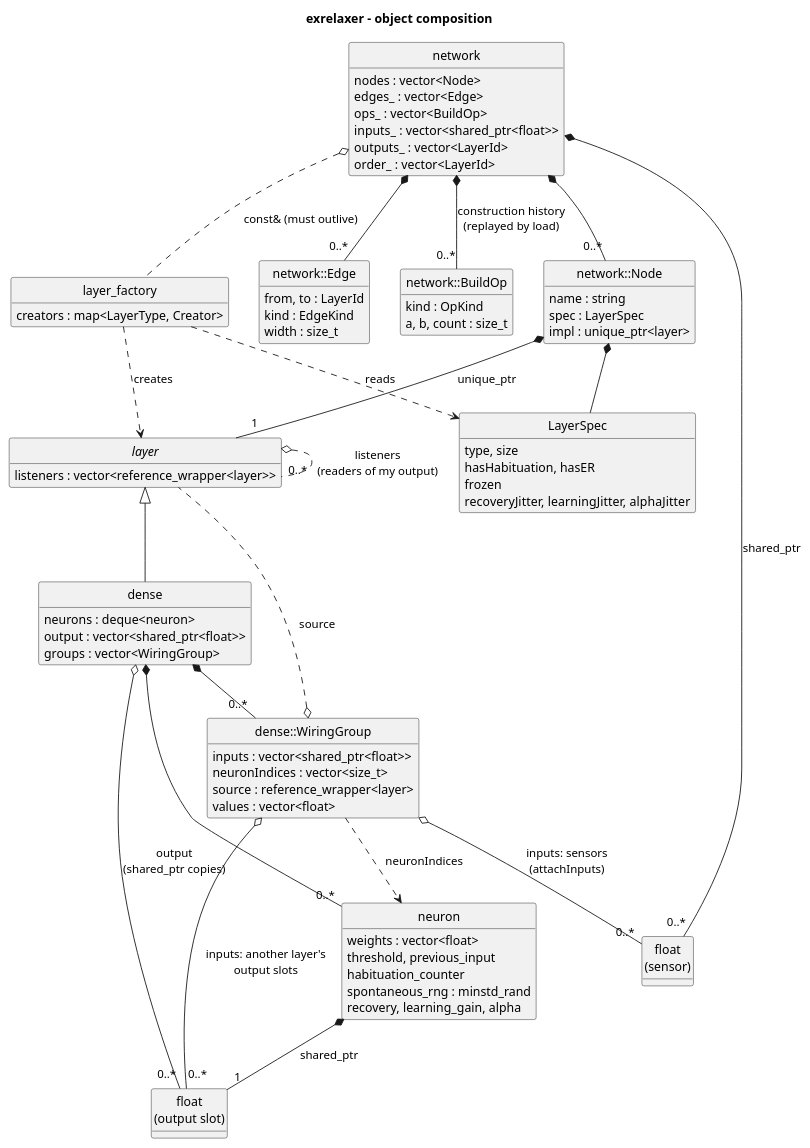
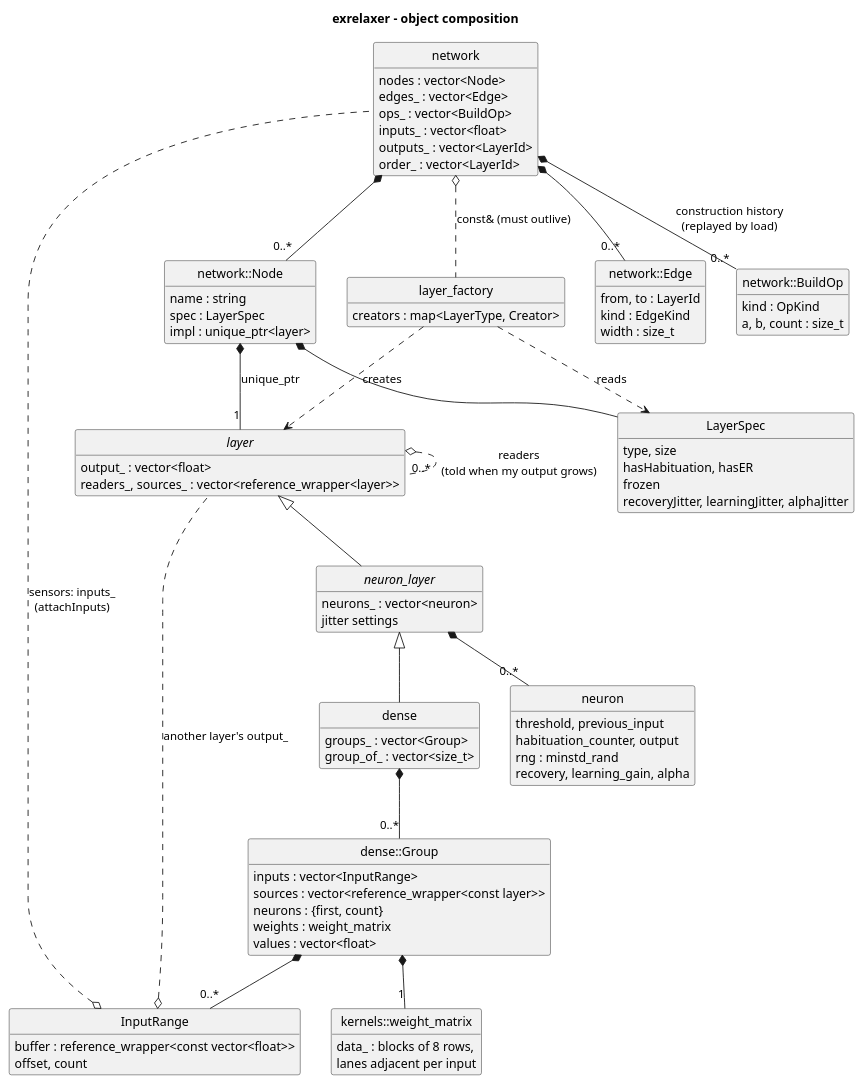
Before and after one commit to arielkonopka/exRelaxer: the diagram in doc/diagrams/composition.puml, drawn with PlantUML. The commit also changed 60 other files, not shown here.

```diff
--- a/doc/diagrams/composition.puml
+++ b/doc/diagrams/composition.puml
@@ -1,101 +1,109 @@
 @startuml composition
 ' Ownership and references between the objects of a running network.
 ' Filled diamond = owns (lifetime bound), open diamond / dashed = refers to.
 skinparam shadowing false
 skinparam classAttributeIconSize 0
 skinparam packageStyle rectangle
 hide empty methods
 hide circle
 
 title exrelaxer - object composition
 
 class network {
   nodes : vector<Node>
   edges_ : vector<Edge>
   ops_ : vector<BuildOp>
-  inputs_ : vector<shared_ptr<float>>
+  inputs_ : vector<float>
   outputs_ : vector<LayerId>
   order_ : vector<LayerId>
 }
 
 class "network::Node" as Node {
   name : string
   spec : LayerSpec
   impl : unique_ptr<layer>
 }
 
 class "network::Edge" as Edge {
   from, to : LayerId
   kind : EdgeKind
   width : size_t
 }
 
 class "network::BuildOp" as BuildOp {
   kind : OpKind
   a, b, count : size_t
 }
 
 class layer_factory {
   creators : map<LayerType, Creator>
 }
 
 class LayerSpec {
   type, size
   hasHabituation, hasER
   frozen
   recoveryJitter, learningJitter, alphaJitter
 }
 
 abstract class layer {
-  listeners : vector<reference_wrapper<layer>>
+  output_ : vector<float>
+  readers_, sources_ : vector<reference_wrapper<layer>>
+}
+
+abstract class neuron_layer {
+  neurons_ : vector<neuron>
+  jitter settings
 }
 
 class dense {
-  neurons : deque<neuron>
-  output : vector<shared_ptr<float>>
-  groups : vector<WiringGroup>
+  groups_ : vector<Group>
+  group_of_ : vector<size_t>
 }
 
-class "dense::WiringGroup" as WiringGroup {
-  inputs : vector<shared_ptr<float>>
-  neuronIndices : vector<size_t>
-  source : reference_wrapper<layer>
+class "dense::Group" as Group {
+  inputs : vector<InputRange>
+  sources : vector<reference_wrapper<const layer>>
+  neurons : {first, count}
+  weights : weight_matrix
   values : vector<float>
 }
 
+class "kernels::weight_matrix" as weight_matrix {
+  data_ : blocks of 8 rows,\nlanes adjacent per input
+}
+
 class neuron {
-  weights : vector<float>
   threshold, previous_input
-  habituation_counter
-  spontaneous_rng : minstd_rand
+  habituation_counter, output
+  rng : minstd_rand
   recovery, learning_gain, alpha
 }
 
-class "float\n(output slot)" as Slot
-class "float\n(sensor)" as Sensor
+class "InputRange" as Range {
+  buffer : reference_wrapper<const vector<float>>
+  offset, count
+}
 
 network *-- "0..*" Node
 network *-- "0..*" Edge
 network *-- "0..*" BuildOp : construction history\n(replayed by load)
-network *-- "0..*" Sensor : shared_ptr
 network o.. layer_factory : const& (must outlive)
 Node *-- LayerSpec
 Node *-- "1" layer : unique_ptr
 
-layer <|-- dense
-layer o.. "0..*" layer : listeners\n(readers of my output)
+layer <|-- neuron_layer
+neuron_layer <|-- dense
+layer o.. "0..*" layer : readers\n(told when my output grows)
 
-dense *-- "0..*" neuron
-dense *-- "0..*" WiringGroup
-dense o-- "0..*" Slot : output\n(shared_ptr copies)
-neuron *-- "1" Slot : shared_ptr
-
-WiringGroup o.. layer : source
-WiringGroup o-- "0..*" Slot : inputs: another layer's\noutput slots
-WiringGroup o-- "0..*" Sensor : inputs: sensors\n(attachInputs)
-WiringGroup ..> neuron : neuronIndices
+neuron_layer *-- "0..*" neuron
+dense *-- "0..*" Group
+Group *-- "1" weight_matrix
+Group *-- "0..*" Range
+Range o.. layer : another layer's output_
+Range o.. network : sensors: inputs_\n(attachInputs)
 
 layer_factory ..> layer : creates
 layer_factory ..> LayerSpec : reads
 
 @enduml
```
